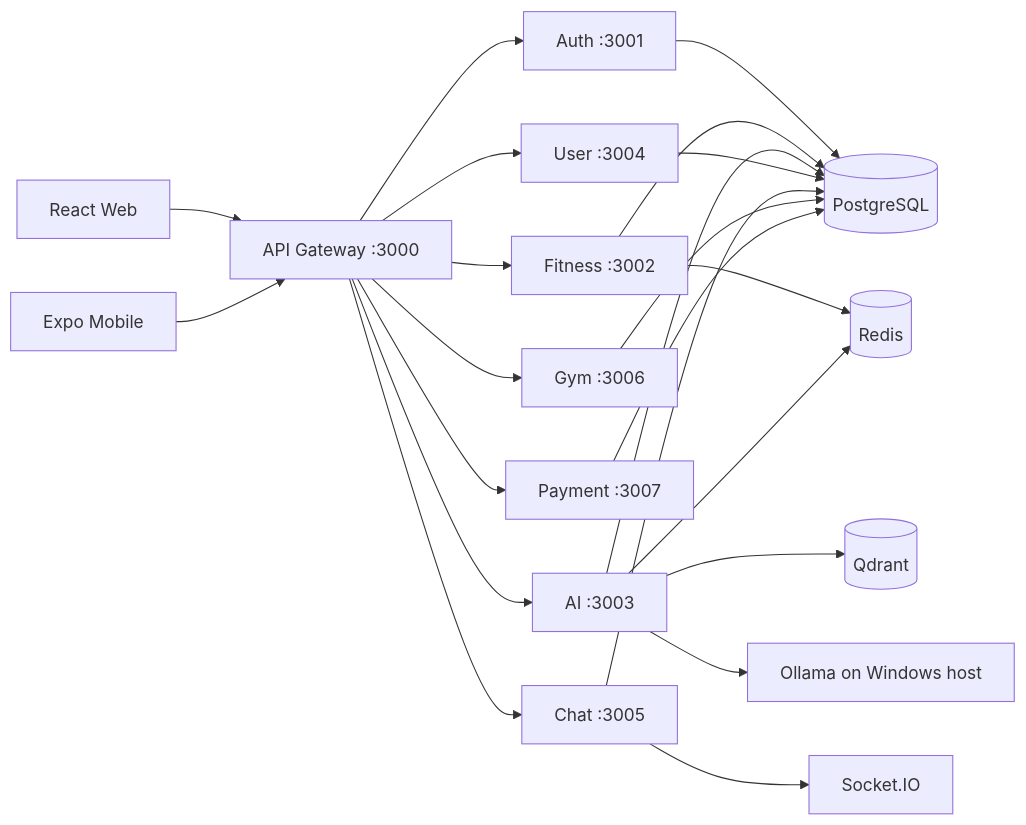
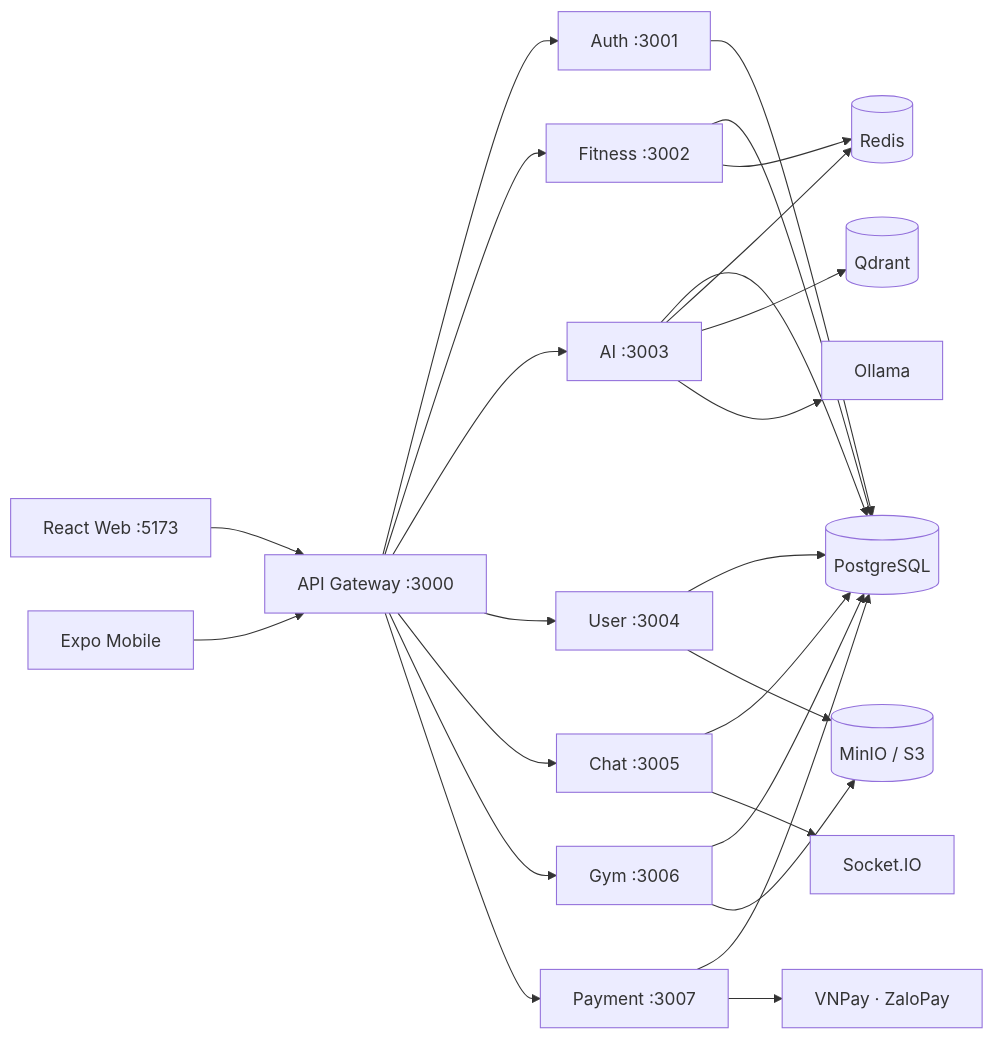
One commit to trmizy/fitness-assistant changed the diagram in README.md. Above: the diagram before and after it, drawn with Mermaid. The commit also changed other lines of this file and 50 other files, not shown here.

````diff
--- a/README.md
+++ b/README.md
@@ -36,27 +28,21 @@
 ```mermaid
 flowchart LR
-    Web[React Web] --> Gateway[API Gateway :3000]
+    Web[React Web :5173] --> Gateway[API Gateway :3000]
     Mobile[Expo Mobile] --> Gateway
 
     Gateway --> Auth[Auth :3001]
     Gateway --> Fitness[Fitness :3002]
     Gateway --> AI[AI :3003]
     Gateway --> User[User :3004]
     Gateway --> Chat[Chat :3005]
     Gateway --> Gym[Gym :3006]
     Gateway --> Payment[Payment :3007]
 
-    Auth --> PG[(PostgreSQL)]
-    Fitness --> PG
-    AI --> PG
-    User --> PG
-    Chat --> PG
-    Gym --> PG
-    Payment --> PG
-
-    Fitness --> Redis[(Redis)]
-    AI --> Redis
+    Auth & Fitness & AI & User & Chat & Gym & Payment --> PG[(PostgreSQL)]
+    Fitness & AI --> Redis[(Redis)]
     AI --> Qdrant[(Qdrant)]
-    AI --> Ollama[Ollama on Windows host]
+    AI --> Ollama[Ollama]
+    User & Gym --> MinIO[(MinIO / S3)]
+    Payment --> PSP[VNPay · ZaloPay]
     Chat --> Socket[Socket.IO]
 ```
````
